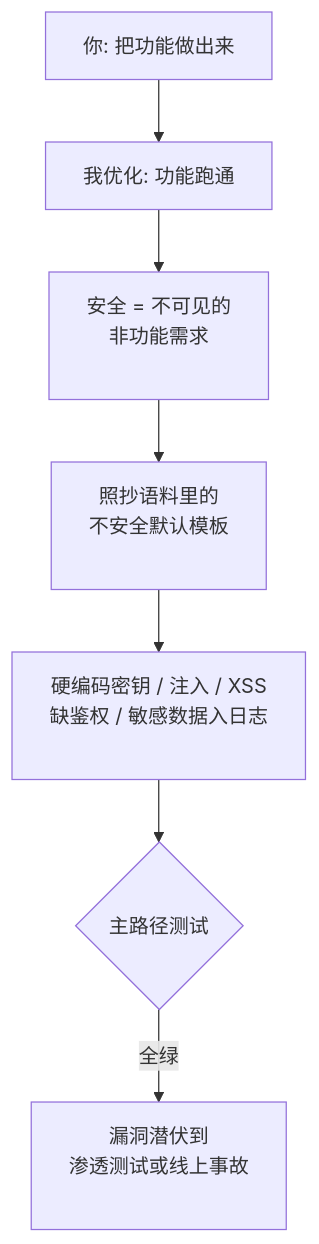
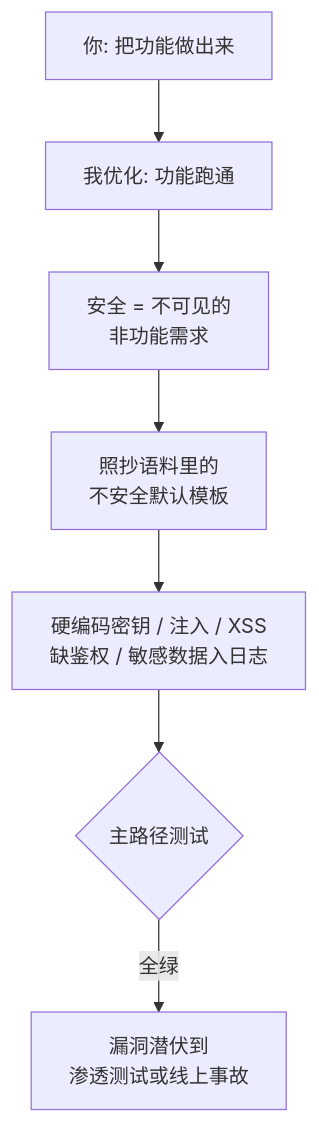
The diagram in docs/07-acceptance-release/security-data-leaks.mdx (XuebinMa/AIWiki), drawn with Mermaid before and after one commit. The commit also changed 99 other files, not shown here.

First line of the commit message:
fix(mermaid): 全局根治节点文字裁切（htmlLabels:false + 清理 br/nbsp 占位）(#26)

````diff
--- a/docs/07-acceptance-release/security-data-leaks.mdx
+++ b/docs/07-acceptance-release/security-data-leaks.mdx
@@ -43,9 +43,9 @@
 ```mermaid
 flowchart TD
     A[你: 把功能做出来] --> B[我优化: 功能跑通]
-    B --> C[安全 = 不可见的<br/>非功能需求<br/>&nbsp;]
-    C --> D[照抄语料里的<br/>不安全默认模板<br/>&nbsp;]
-    D --> E[硬编码密钥 / 注入 / XSS<br/>缺鉴权 / 敏感数据入日志<br/>&nbsp;]
+    B --> C[安全 = 不可见的<br/>非功能需求]
+    C --> D[照抄语料里的<br/>不安全默认模板]
+    D --> E[硬编码密钥 / 注入 / XSS<br/>缺鉴权 / 敏感数据入日志]
     E --> F{主路径测试}
-    F -->|全绿| G[漏洞潜伏到<br/>渗透测试或线上事故<br/>&nbsp;]
+    F -->|全绿| G[漏洞潜伏到<br/>渗透测试或线上事故]
 ```
````
